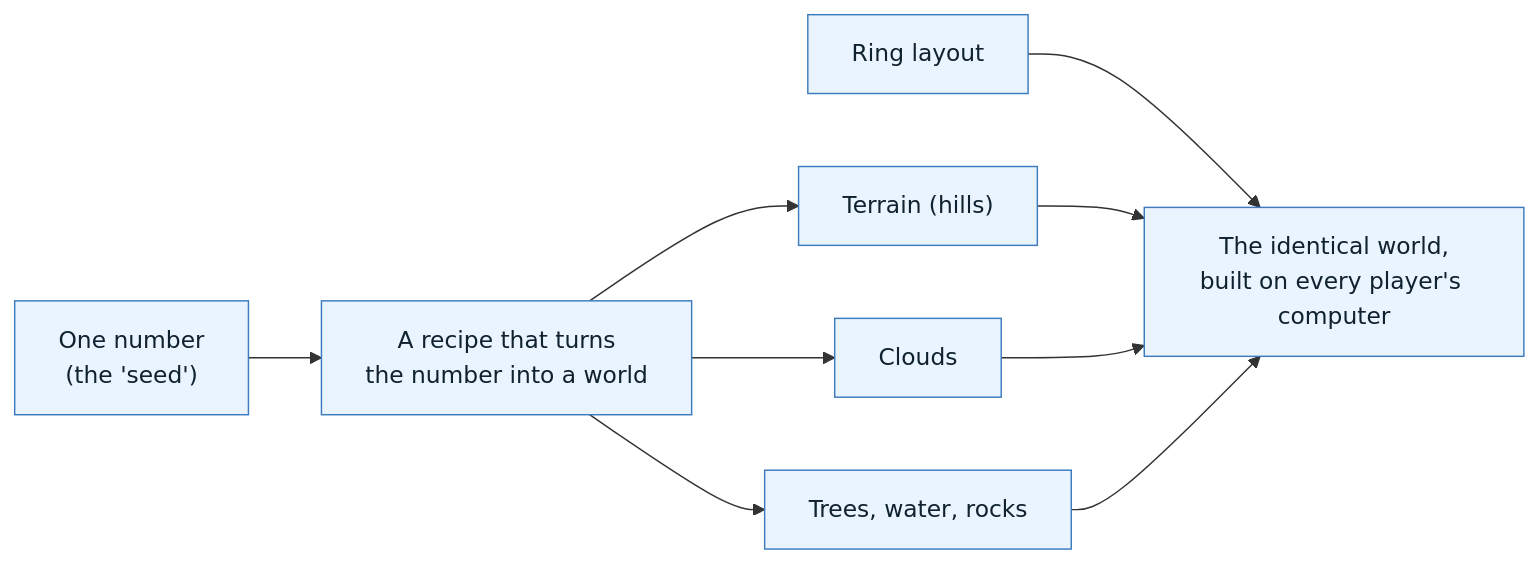
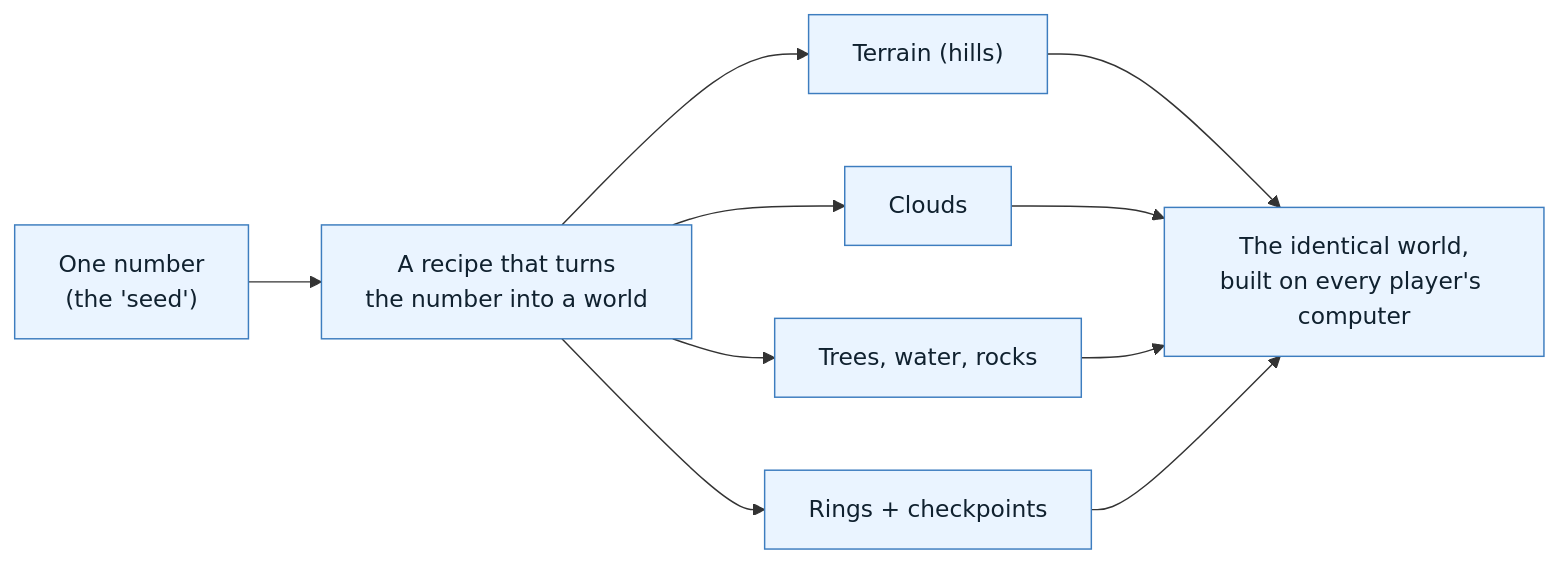
One commit to tran3066/DucksFly changed the fifth of 8 diagrams in docs/ARCHITECTURE.md. Above: the diagram before and after it, drawn with Mermaid. The commit also changed other lines of this file and 15 other files, not shown here.

````diff
--- a/docs/ARCHITECTURE.md
+++ b/docs/ARCHITECTURE.md
@@ -227,14 +230,15 @@
 ```mermaid
 flowchart LR
     SEED["One number<br/>(the 'seed')"] --> GEN["A recipe that turns<br/>the number into a world"]
     GEN --> T["Terrain (hills)"]
     GEN --> C["Clouds"]
     GEN --> P["Trees, water, rocks"]
-    RINGS["Ring layout"] --> SAME
+    GEN --> R["Rings + checkpoints"]
     T --> SAME["The identical world,<br/>built on every player's computer"]
     C --> SAME
     P --> SAME
+    R --> SAME
 
     classDef a fill:#EAF4FF,stroke:#3D7DBF,color:#10212F
-    class SEED,GEN,T,C,P,RINGS,SAME a
+    class SEED,GEN,T,C,P,R,SAME a
 ```
````
